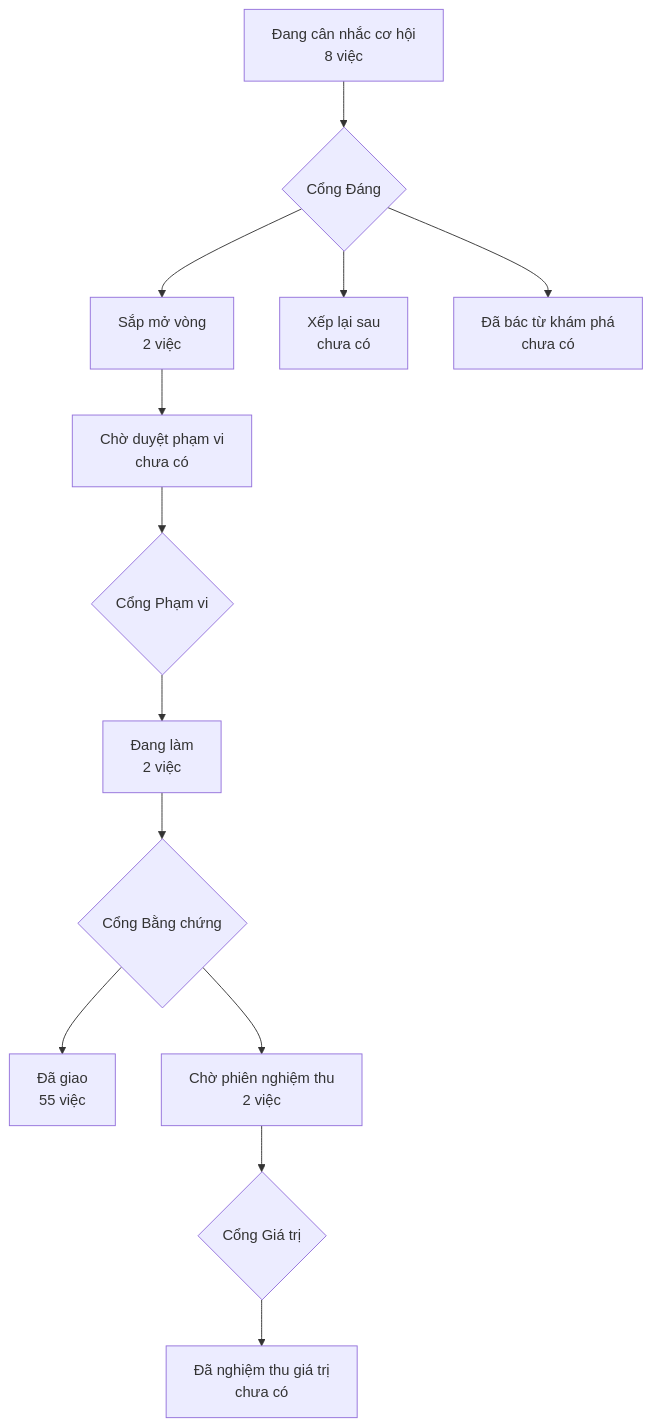
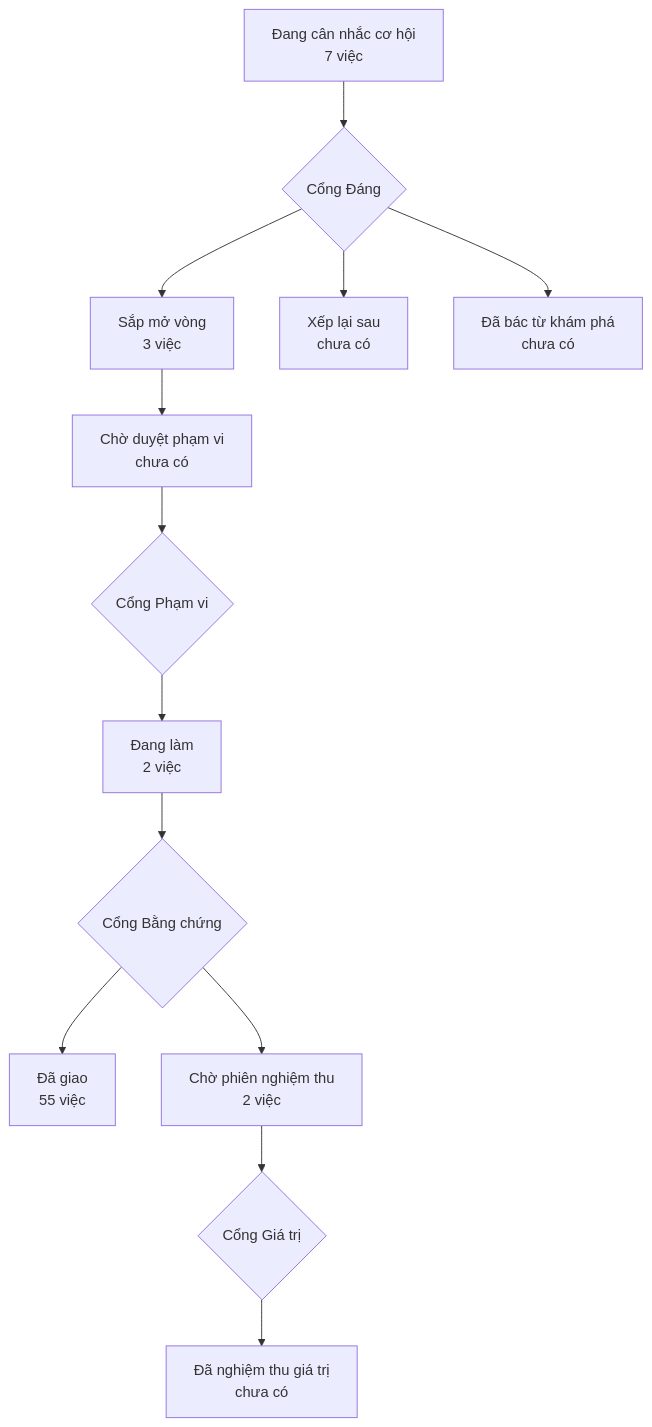
One commit to phanlemanh/acceptance-gate-kit changed the diagram in PRODUCT-MAP.md. Above: the diagram before and after it, drawn with Mermaid. The commit also changed 2 other files, not shown here.

First paragraph of the commit message:
opp(ra-co-ten-lam-va-trao): ký Cổng Đáng — decision: build, disposition: archive, ngưỡng UAT chốt cùng lượt (Manh Phan, 2026-08-23); sổ gate0; bản đồ vẽ lại
Ngưỡng + chữ ký trong MỘT lượt người, MỘT PR — lần thứ hai chạy đúng hình dạng
mà chính ô này sẽ vật hoá thành nghi thức.

````diff
--- a/PRODUCT-MAP.md
+++ b/PRODUCT-MAP.md
@@ -6,12 +6,12 @@
 ```mermaid
 flowchart TD
-  A["Đang cân nhắc cơ hội<br/>8 việc"] --> GD{"Cổng Đáng"}
-  GD --> B["Sắp mở vòng<br/>2 việc"]
+  A["Đang cân nhắc cơ hội<br/>7 việc"] --> GD{"Cổng Đáng"}
+  GD --> B["Sắp mở vòng<br/>3 việc"]
   GD --> XL["Xếp lại sau<br/>chưa có"]
   GD --> DB["Đã bác từ khám phá<br/>chưa có"]
   B --> CD["Chờ duyệt phạm vi<br/>chưa có"] --> GP{"Cổng Phạm vi"}
   GP --> DL["Đang làm<br/>2 việc"] --> GB{"Cổng Bằng chứng"}
   GB --> DG["Đã giao<br/>55 việc"]
   GB --> CN["Chờ phiên nghiệm thu<br/>2 việc"] --> GG{"Cổng Giá trị"}
   GG --> NT["Đã nghiệm thu giá trị<br/>chưa có"]
 ```
````
